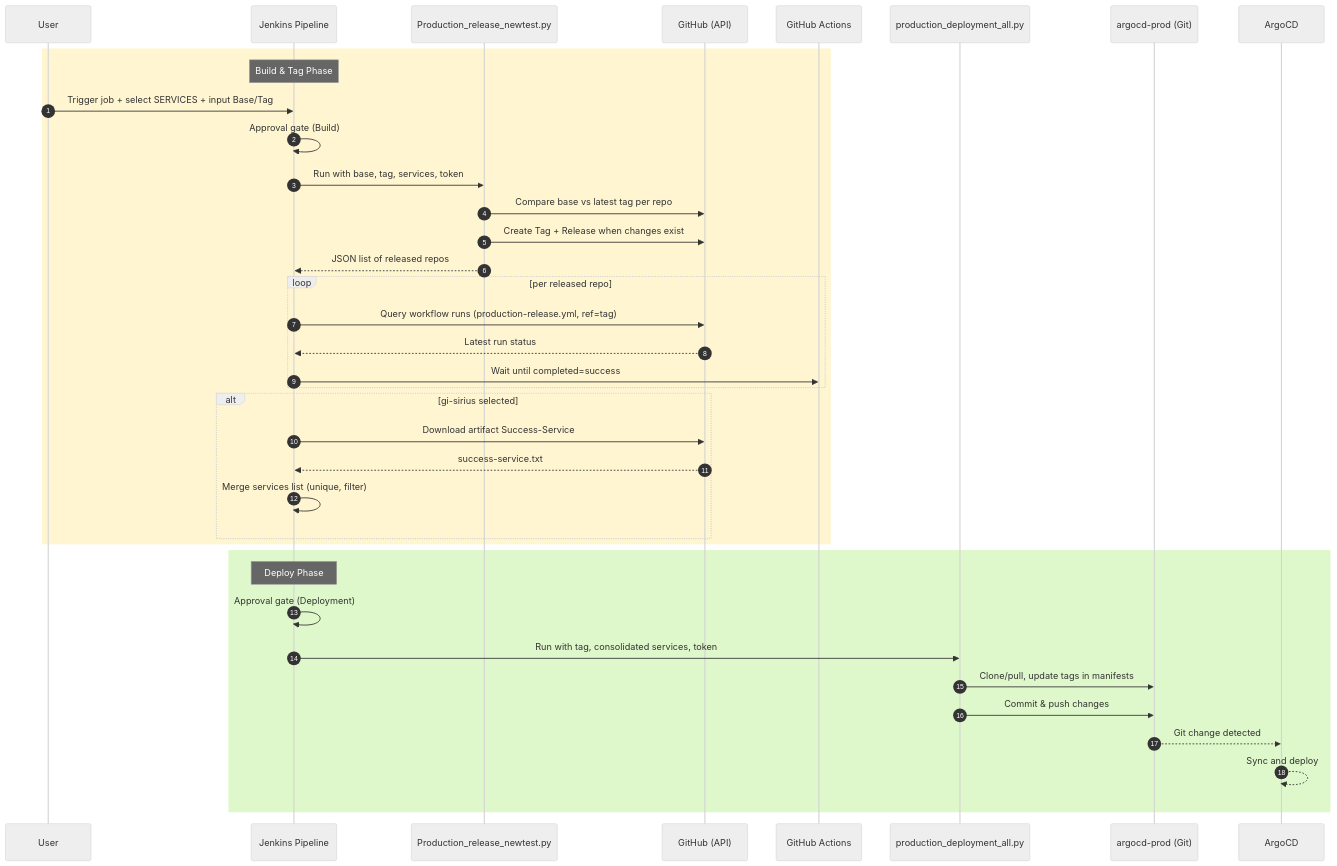
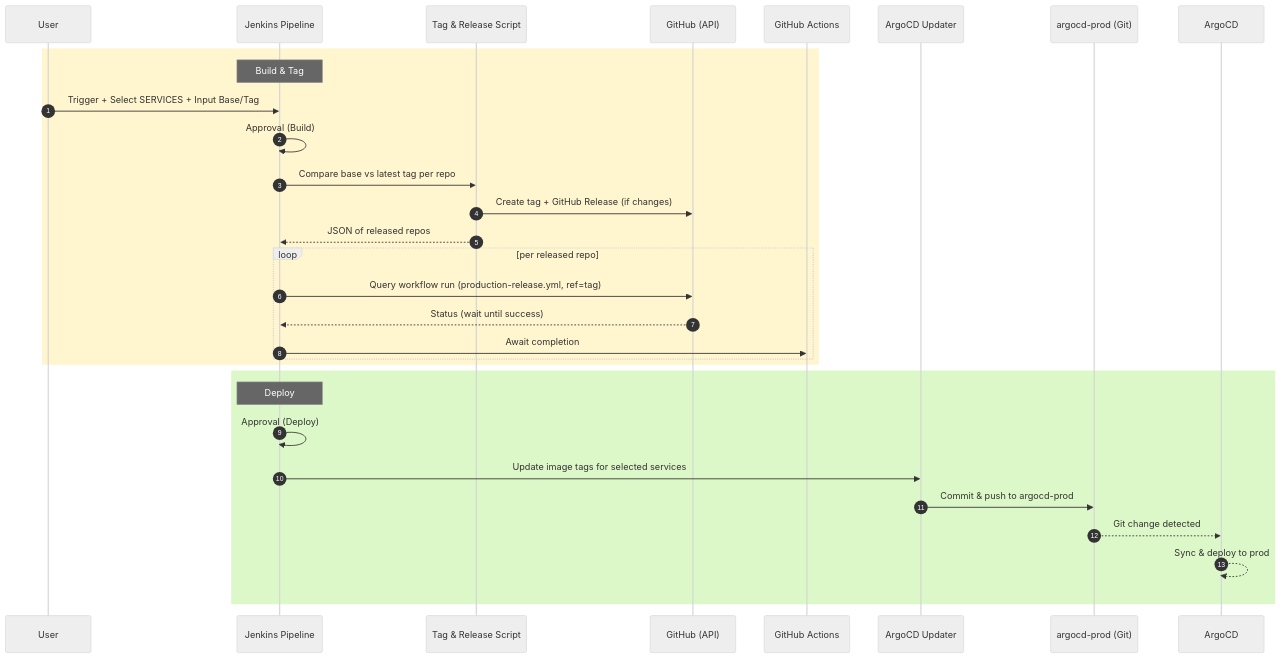
Before and after one commit to Uttamkumargupta000/Jenkins-CICD: the diagram in README.md, drawn with Mermaid (neutral theme). The commit also changed other lines of this file, not shown here.

````diff
--- a/README.md
+++ b/README.md
@@ -49,42 +7,35 @@
 ```mermaid
 sequenceDiagram
   autonumber
   participant U as User
   participant J as Jenkins Pipeline
-  participant S1 as Production_release_newtest.py
+  participant S1 as Tag & Release Script
   participant GH as GitHub (API)
   participant GA as GitHub Actions
-  participant S2 as production_deployment_all.py
+  participant S2 as ArgoCD Updater
   participant AR as argocd-prod (Git)
   participant CD as ArgoCD
 
-  rect rgba(255,245,204,0.9)
-    note over J: Build & Tag Phase
-    U->>J: Trigger job + select SERVICES + input Base/Tag
-    J->>J: Approval gate (Build)
-    J->>S1: Run with base, tag, services, token
-    S1->>GH: Compare base vs latest tag per repo
-    S1->>GH: Create Tag + Release when changes exist
-    S1-->>J: JSON list of released repos
+  rect rgba(255,245,204,0.95)
+    note over J: Build & Tag
+    U->>J: Trigger + Select SERVICES + Input Base/Tag
+    J->>J: Approval (Build)
+    J->>S1: Compare base vs latest tag per repo
+    S1->>GH: Create tag + GitHub Release (if changes)
+    S1-->>J: JSON of released repos
     loop per released repo
-      J->>GH: Query workflow runs (production-release.yml, ref=tag)
-      GH-->>J: Latest run status
-      J->>GA: Wait until completed=success
-    end
-    alt gi-sirius selected
-      J->>GH: Download artifact Success-Service
-      GH-->>J: success-service.txt
-      J->>J: Merge services list (unique, filter)
+      J->>GH: Query workflow run (production-release.yml, ref=tag)
+      GH-->>J: Status (wait until success)
+      J->>GA: Await completion
     end
   end
 
-  rect rgba(220,248,198,0.9)
-    note over J: Deploy Phase
-    J->>J: Approval gate (Deployment)
-    J->>S2: Run with tag, consolidated services, token
-    S2->>AR: Clone/pull, update tags in manifests
-    S2->>AR: Commit & push changes
+  rect rgba(220,248,198,0.95)
+    note over J: Deploy
+    J->>J: Approval (Deploy)
+    J->>S2: Update image tags for selected services
+    S2->>AR: Commit & push to argocd-prod
     AR-->>CD: Git change detected
-    CD-->>CD: Sync and deploy
+    CD-->>CD: Sync & deploy to prod
   end
 ```
````
